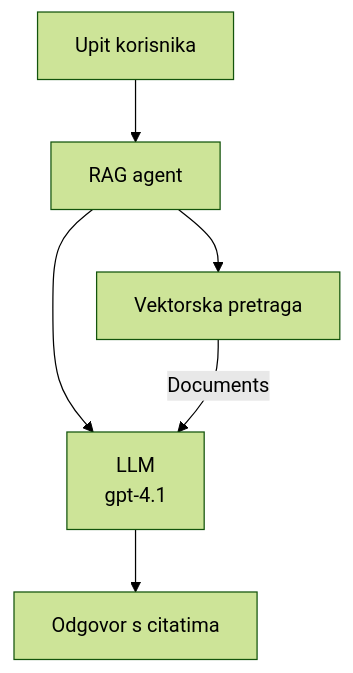
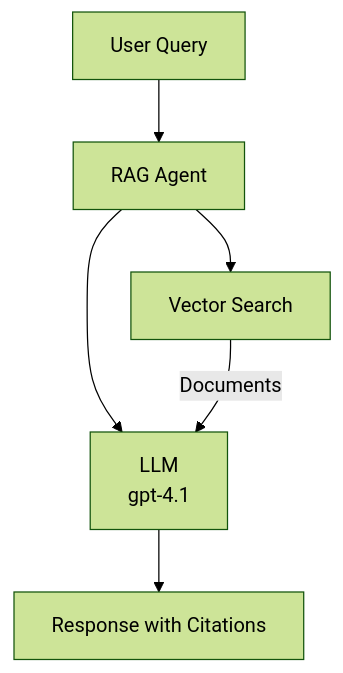
The second of 3 diagrams in translations/hr/docs/chapter-02-ai-development/agents.md (microsoft/AZD-for-beginners), drawn with Mermaid (forest theme) before and after one commit. The commit also changed other lines of this file and 168 other files, not shown here.

````diff
--- a/translations/hr/docs/chapter-02-ai-development/agents.md
+++ b/translations/hr/docs/chapter-02-ai-development/agents.md
@@ -181,8 +178,8 @@
 ```mermaid
 graph TD
-    Query[Upit korisnika] --> RAG[RAG agent]
-    RAG --> Vector[Vektorska pretraga]
+    Query[User Query] --> RAG[RAG Agent]
+    RAG --> Vector[Vector Search]
     RAG --> LLM[LLM<br/>gpt-4.1]
     Vector -- Documents --> LLM
-    LLM --> Response[Odgovor s citatima]
+    LLM --> Response[Response with Citations]
 ```
````
